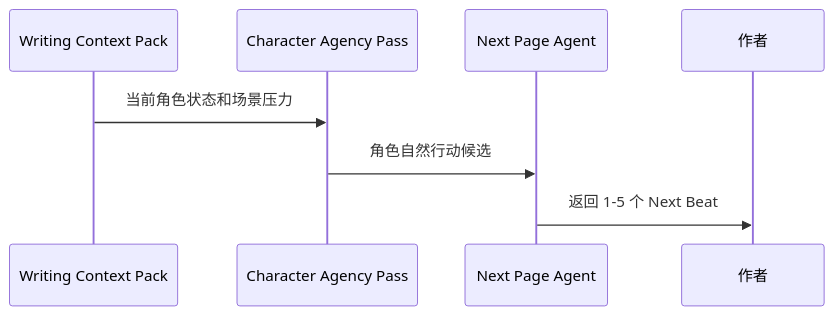
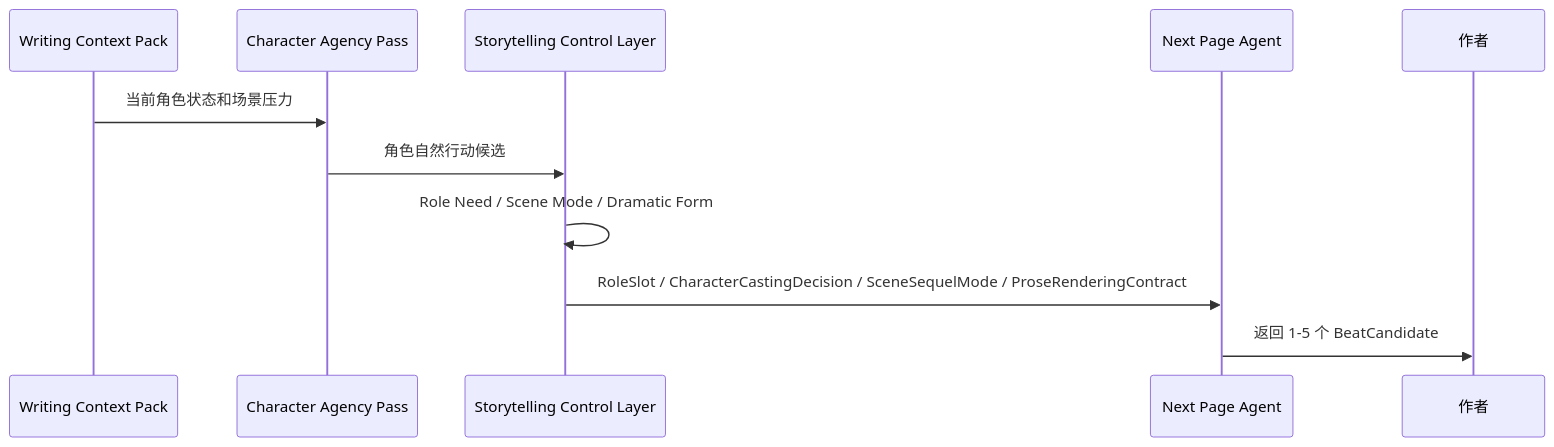
One commit to FrankQDWang/sextantlabs changed the first of 3 diagrams in goals/23-next-page-agent.md. Above: the diagram before and after it, drawn with Mermaid. The commit also changed other lines of this file and 13 other files, not shown here.

First line of the commit message:
设计 Storytelling Control Layer：角色扩展与戏剧化转译

````diff
--- a/goals/23-next-page-agent.md
+++ b/goals/23-next-page-agent.md
@@ -33,11 +35,14 @@
 ```mermaid
 sequenceDiagram
     participant Pack as Writing Context Pack
     participant Agency as Character Agency Pass
+    participant Story as Storytelling Control Layer
     participant Agent as Next Page Agent
     participant Author as 作者
 
     Pack->>Agency: 当前角色状态和场景压力
-    Agency->>Agent: 角色自然行动候选
-    Agent->>Author: 返回 1-5 个 Next Beat
+    Agency->>Story: 角色自然行动候选
+    Story->>Story: Role Need / Scene Mode / Dramatic Form
+    Story->>Agent: RoleSlot / CharacterCastingDecision / SceneSequelMode / ProseRenderingContract
+    Agent->>Author: 返回 1-5 个 BeatCandidate
 ```
````
